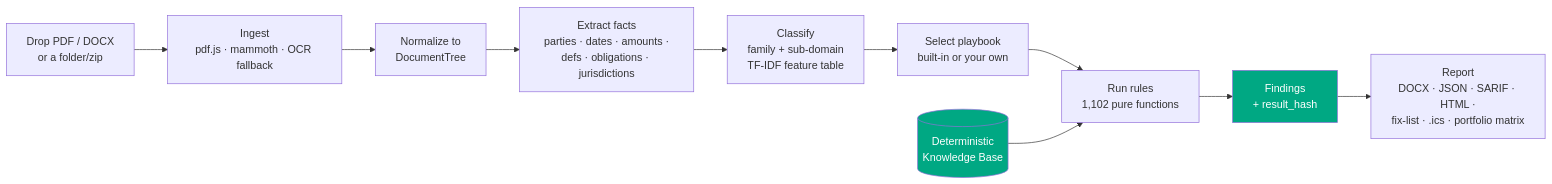
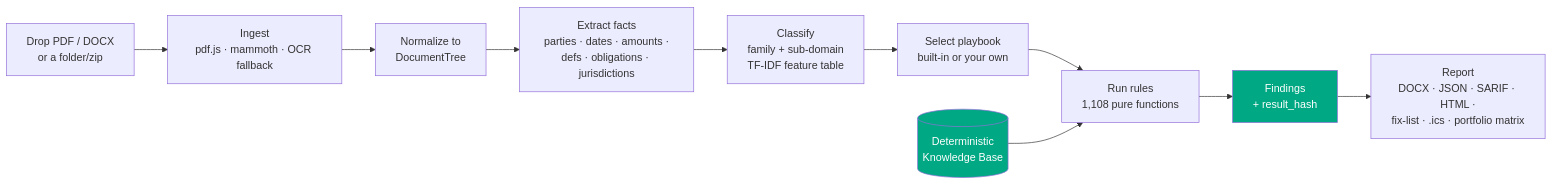
Before and after one commit to clay-good/vaulytica: the first of 11 diagrams in README.md, drawn with Mermaid. The commit also changed other lines of this file and 108 other files, not shown here.

````diff
--- a/README.md
+++ b/README.md
@@ -27,14 +27,14 @@
 ```mermaid
 flowchart LR
   A[Drop PDF / DOCX<br/>or a folder/zip] --> B[Ingest<br/>pdf.js · mammoth · OCR fallback]
   B --> C[Normalize to<br/>DocumentTree]
   C --> D[Extract facts<br/>parties · dates · amounts ·<br/>defs · obligations · jurisdictions]
   D --> E[Classify<br/>family + sub-domain<br/>TF-IDF feature table]
   E --> F[Select playbook<br/>built-in or your own]
-  F --> G[Run rules<br/>1,102 pure functions]
+  F --> G[Run rules<br/>1,108 pure functions]
   G --> H[Findings<br/>+ result_hash]
   H --> I[Report<br/>DOCX · JSON · SARIF · HTML ·<br/>fix-list · .ics · portfolio matrix]
   K[(Deterministic<br/>Knowledge Base)] --> G
   style K fill:#00A883,color:#fff
   style H fill:#00A883,color:#fff
 ```
````
